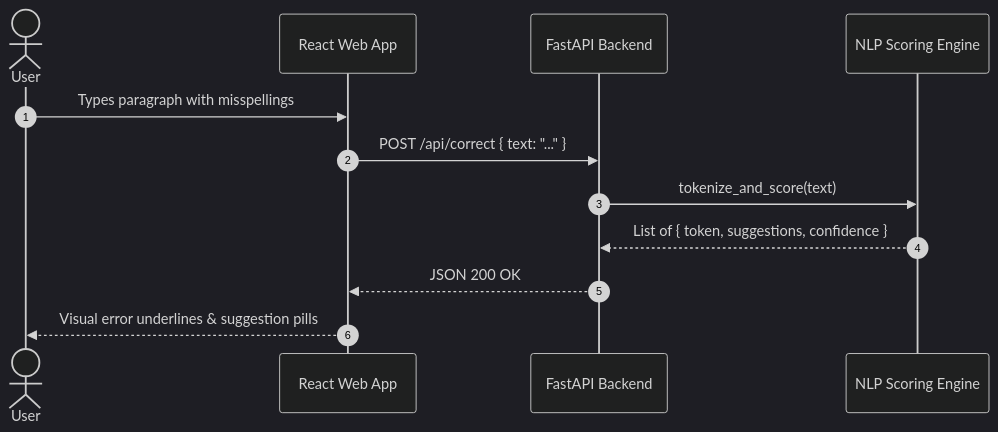
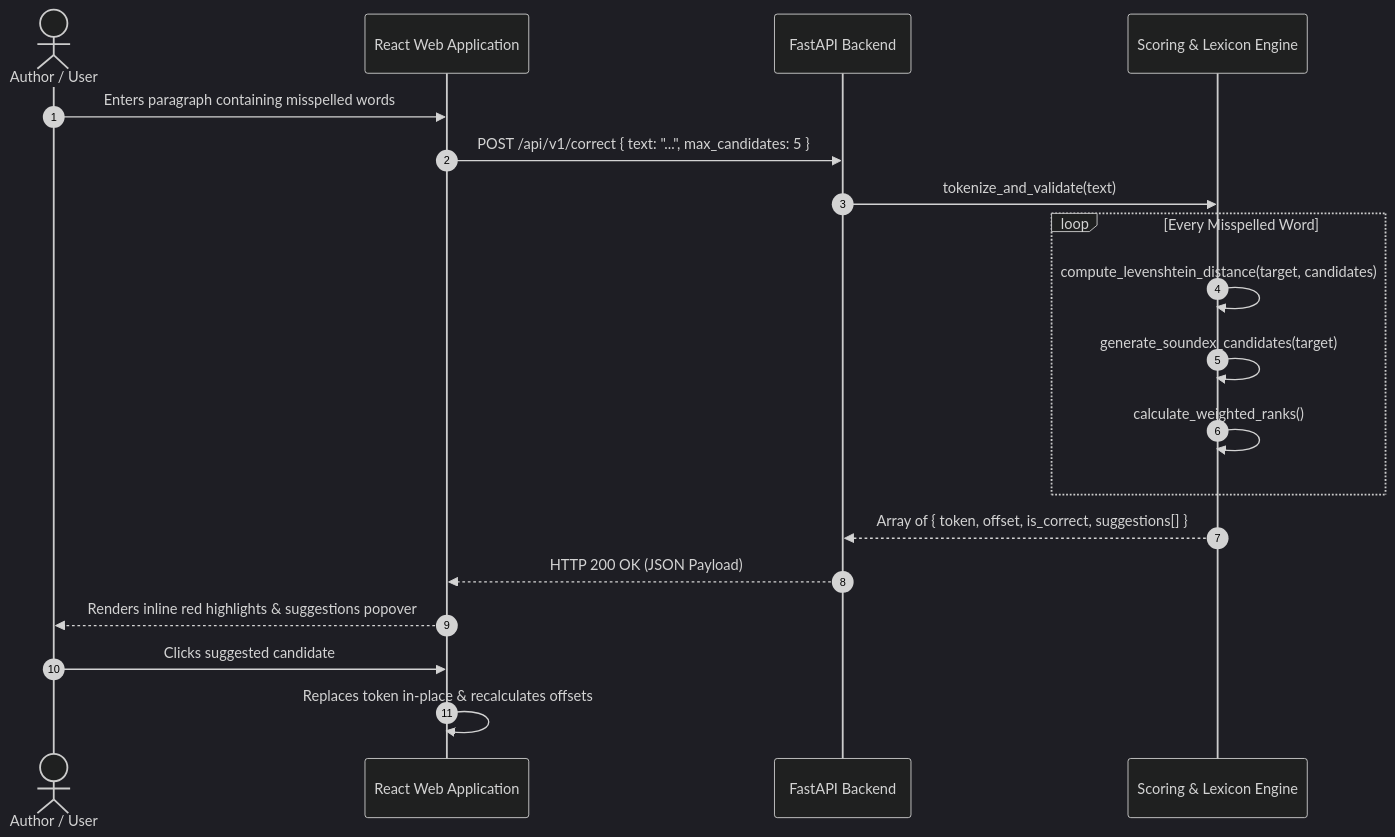
Before and after one commit to StratagemVX/spellSense-NLP_AAT: the second of 2 diagrams in README.md, drawn with Mermaid (dark theme). The commit also changed other lines of this file, not shown here.

````diff
--- a/README.md
+++ b/README.md
@@ -73,15 +89,22 @@
 ```mermaid
 sequenceDiagram
     autonumber
-    actor User
-    participant Frontend as React Web App
+    actor User as Author / User
+    participant View as React Web Application
     participant API as FastAPI Backend
-    participant Engine as NLP Scoring Engine
+    participant NLP as Scoring & Lexicon Engine
 
-    User->>Frontend: Types paragraph with misspellings
-    Frontend->>API: POST /api/correct { text: "..." }
-    API->>Engine: tokenize_and_score(text)
-    Engine-->>API: List of { token, suggestions, confidence }
-    API-->>Frontend: JSON 200 OK
-    Frontend-->>User: Visual error underlines & suggestion pills
+    User->>View: Enters paragraph containing misspelled words
+    View->>API: POST /api/v1/correct { text: "...", max_candidates: 5 }
+    API->>NLP: tokenize_and_validate(text)
+    loop Every Misspelled Word
+        NLP->>NLP: compute_levenshtein_distance(target, candidates)
+        NLP->>NLP: generate_soundex_candidates(target)
+        NLP->>NLP: calculate_weighted_ranks()
+    end
+    NLP-->>API: Array of { token, offset, is_correct, suggestions[] }
+    API-->>View: HTTP 200 OK (JSON Payload)
+    View-->>User: Renders inline red highlights & suggestions popover
+    User->>View: Clicks suggested candidate
+    View->>View: Replaces token in-place & recalculates offsets
 ```
````
